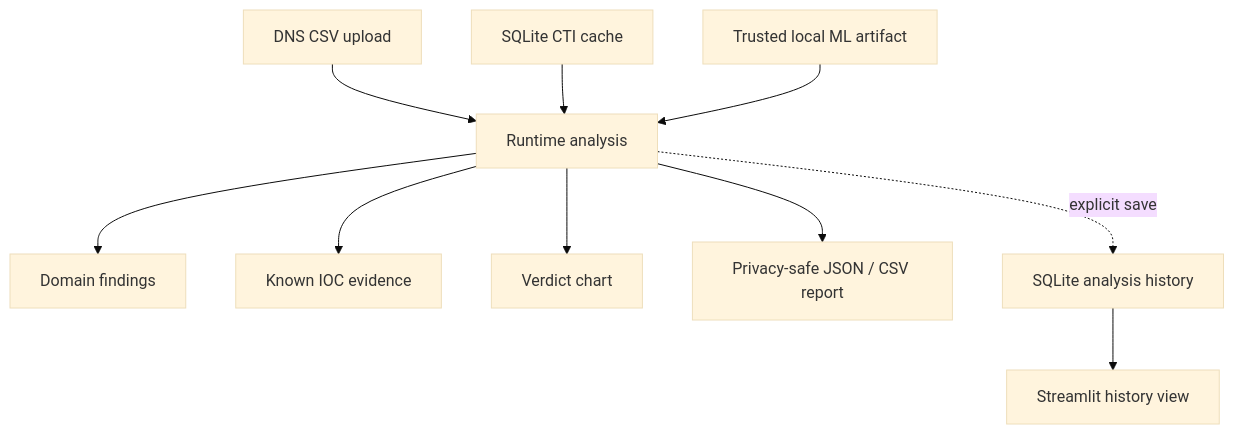
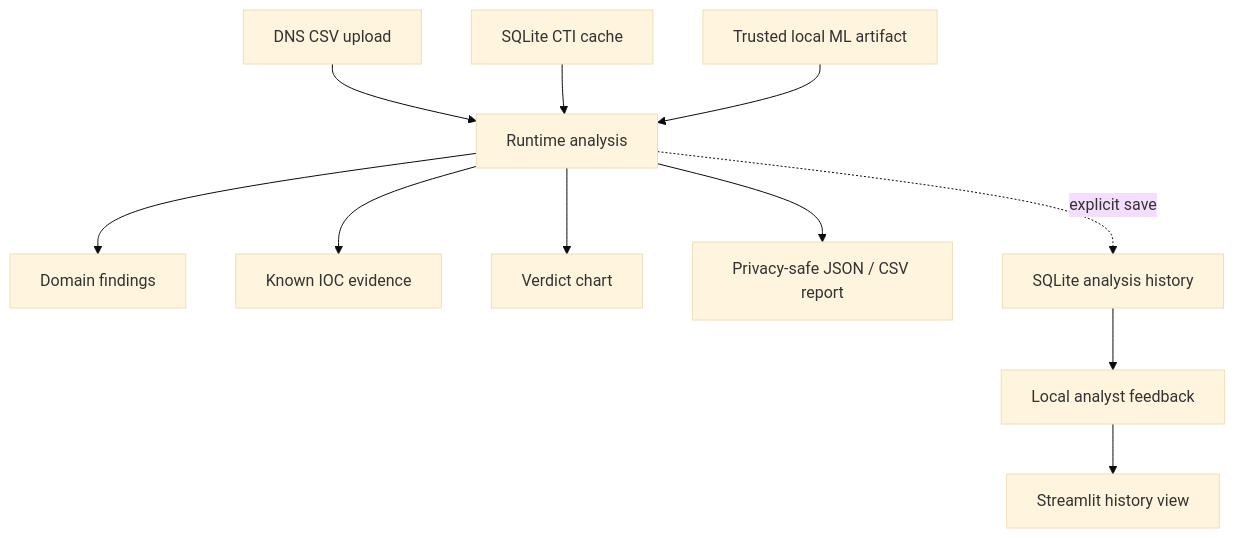
One commit to ConquestorYa/threatfusion-ai changed the fourth of 6 diagrams in docs/ARCHITECTURE.md. Above: the diagram before and after it, drawn with Mermaid (base theme). The commit also changed other lines of this file, not shown here.

Commit message:
docs: add analyst feedback flow

````diff
--- a/docs/ARCHITECTURE.md
+++ b/docs/ARCHITECTURE.md
@@ -74,12 +74,13 @@
 ```mermaid
 flowchart TD
     Upload[DNS CSV upload] --> Runtime[Runtime analysis]
     Cache[SQLite CTI cache] --> Runtime
     Model[Trusted local ML artifact] --> Runtime
     Runtime --> Findings[Domain findings]
     Runtime --> Evidence[Known IOC evidence]
     Runtime --> Chart[Verdict chart]
     Runtime --> Export[Privacy-safe JSON / CSV report]
     Runtime -. explicit save .-> History[SQLite analysis history]
-    History --> Dashboard[Streamlit history view]
+    History --> Feedback[Local analyst feedback]
+    Feedback --> Dashboard[Streamlit history view]
 ```
````
